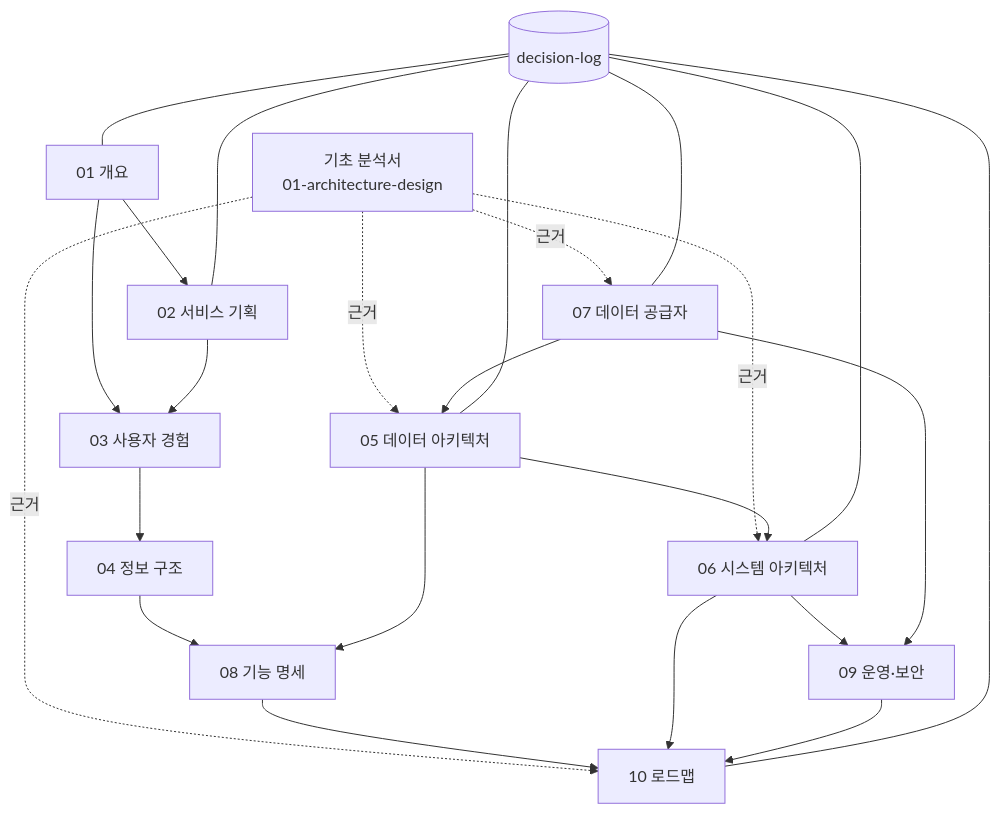
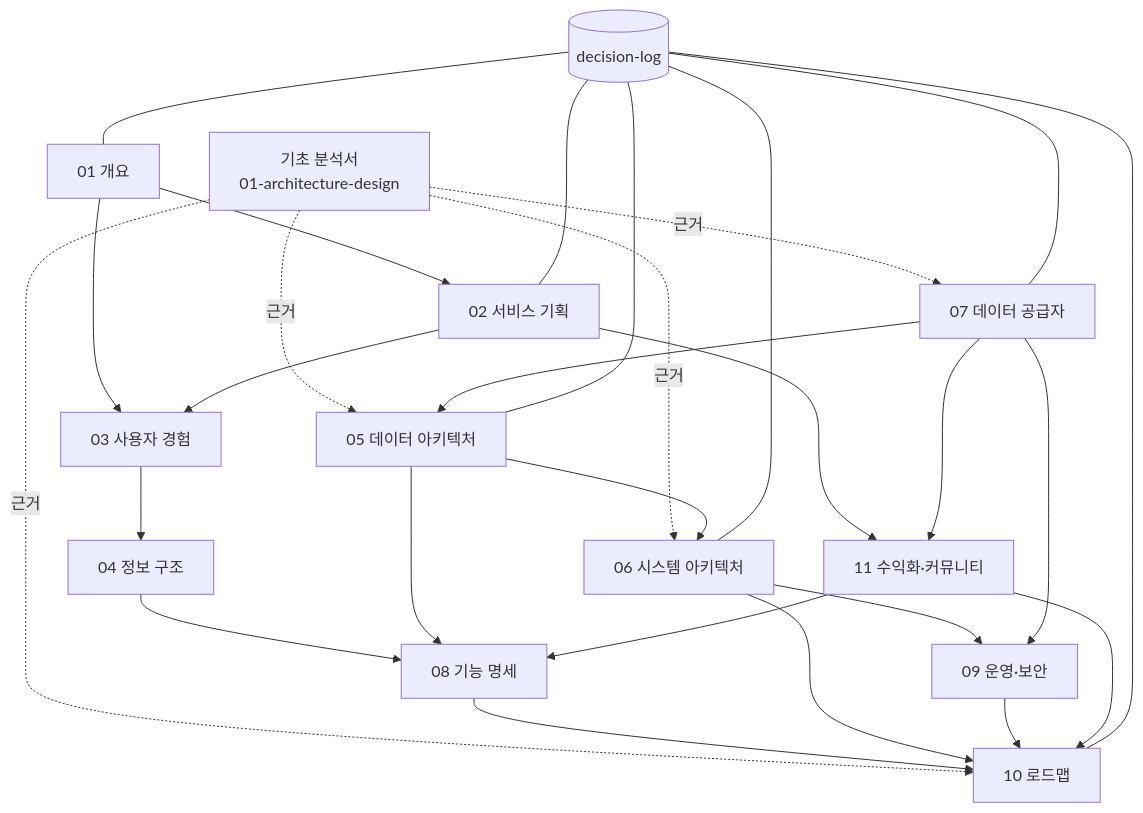
Before and after one commit to thd051130-crypto/-2easy-stock: the diagram in docs/v2/README.md, drawn with Mermaid. The commit also changed other lines of this file and 5 other files, not shown here.

First line of the commit message:
V2 설계 보완: 11 수익화·커뮤니티 문서, MVP 범위 분류, 로드맵 MVP 순서 제안, decision-log D-19~D-21·P-01~P-03·Q-24~Q-26

````diff
--- a/docs/v2/README.md
+++ b/docs/v2/README.md
@@ -38,18 +39,22 @@
 ```mermaid
 flowchart TD
   A0[기초 분석서<br/>01-architecture-design] -.근거.-> D05 & D06 & D07 & D10
   D01[01 개요] --> D02[02 서비스 기획]
   D01 --> D03[03 사용자 경험]
   D02 --> D03
   D03 --> D04[04 정보 구조]
   D04 --> D08[08 기능 명세]
   D07[07 데이터 공급자] --> D05[05 데이터 아키텍처]
   D05 --> D06[06 시스템 아키텍처]
   D05 --> D08
   D06 --> D09[09 운영·보안]
   D07 --> D09
   D08 --> D10[10 로드맵]
   D06 --> D10
   D09 --> D10
+  D02 --> D11[11 수익화·커뮤니티]
+  D07 --> D11
+  D11 --> D08
+  D11 --> D10
   DL[(decision-log)] --- D01 & D02 & D05 & D06 & D07 & D10
 ```
````
